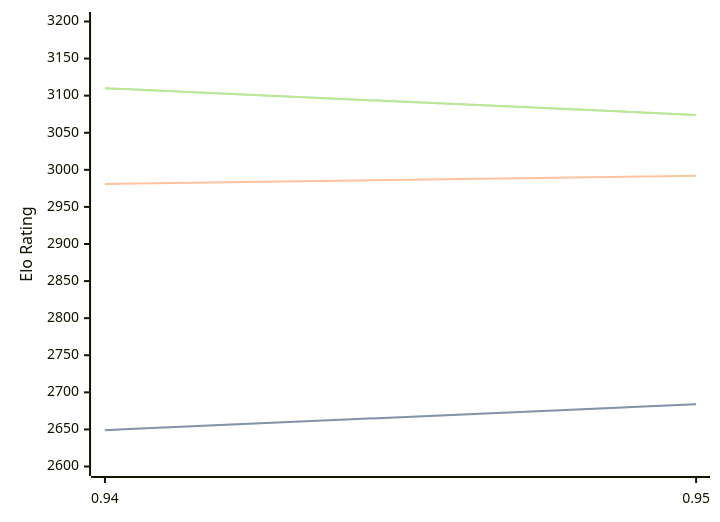
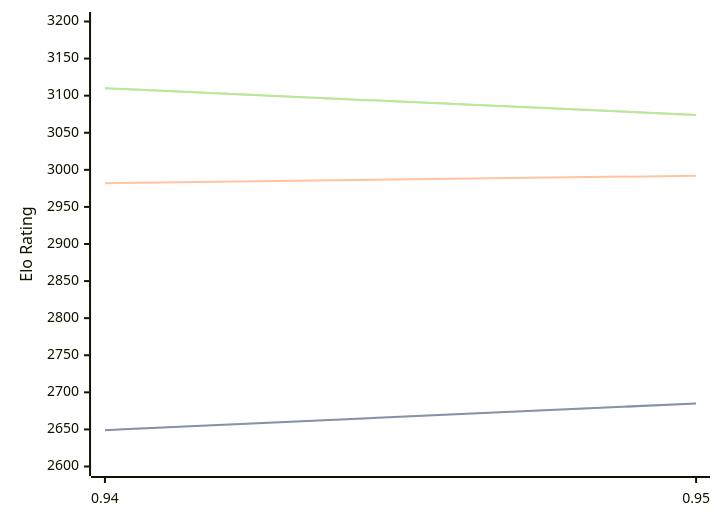
Before and after one commit to computer-chess-index/cci: the diagram in engines/Myrddin.md, drawn with Mermaid. The commit also changed other lines of this file, not shown here.

````diff
--- a/engines/Myrddin.md
+++ b/engines/Myrddin.md
@@ -37,11 +37,11 @@
 ```mermaid
 %%{init: {"theme":"base","themeVariables":{"seriesColors:['#a3a3a3','#222221','#faa371']}}}%%
 xychart-beta
   x-axis ["0.94", "0.95"]
   y-axis "Elo Rating" 2600 --> 3200
-  line "STC (8.0+0.08s)" [2649, 2684]
-  line "STC (8.0+0.08s)" [2649, 2684]
-  line "LTC (60.0+0.60s)" [2981, 2992]
+  line "STC (8.0+0.08s)" [2649, 2685]
+  line "STC (8.0+0.08s)" [2649, 2685]
+  line "LTC (60.0+0.60s)" [2982, 2992]
   line "VLTC (2m24s+1.12s)" [3110, 3074]
   line "VLTC (2m24s+1.12s)" [3110, 3074]
 ```
````
